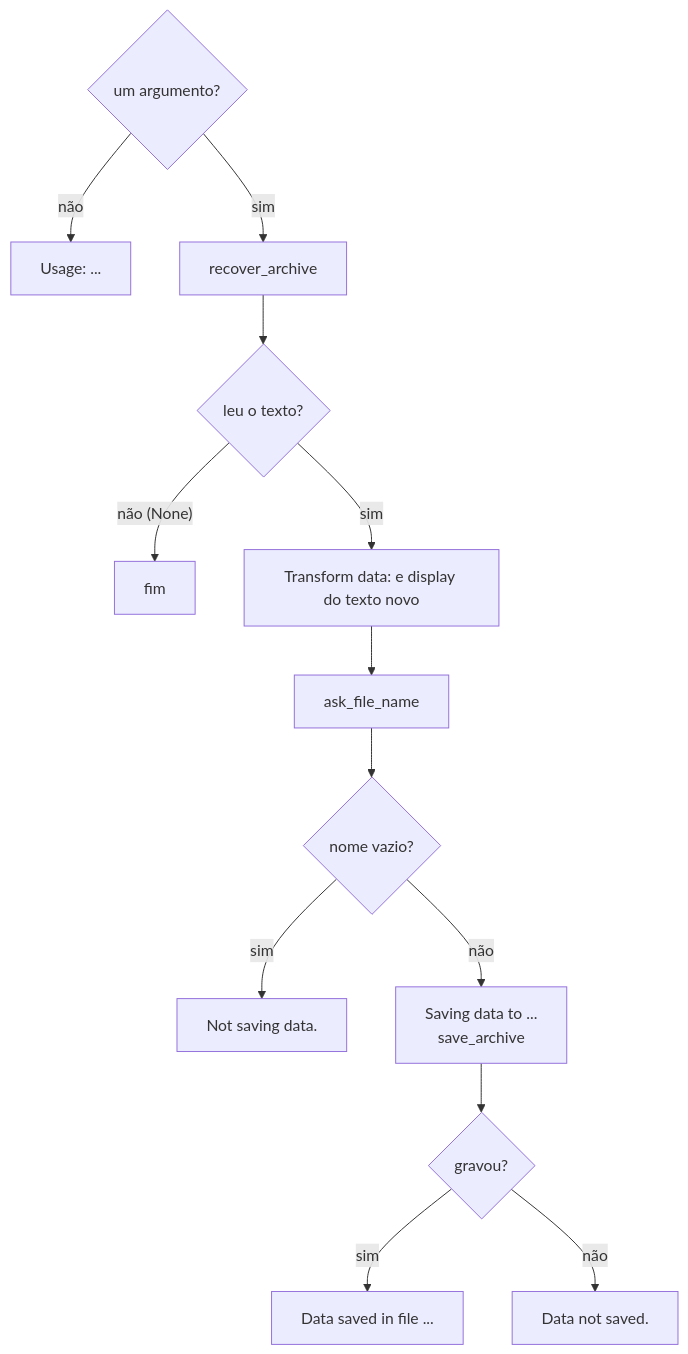
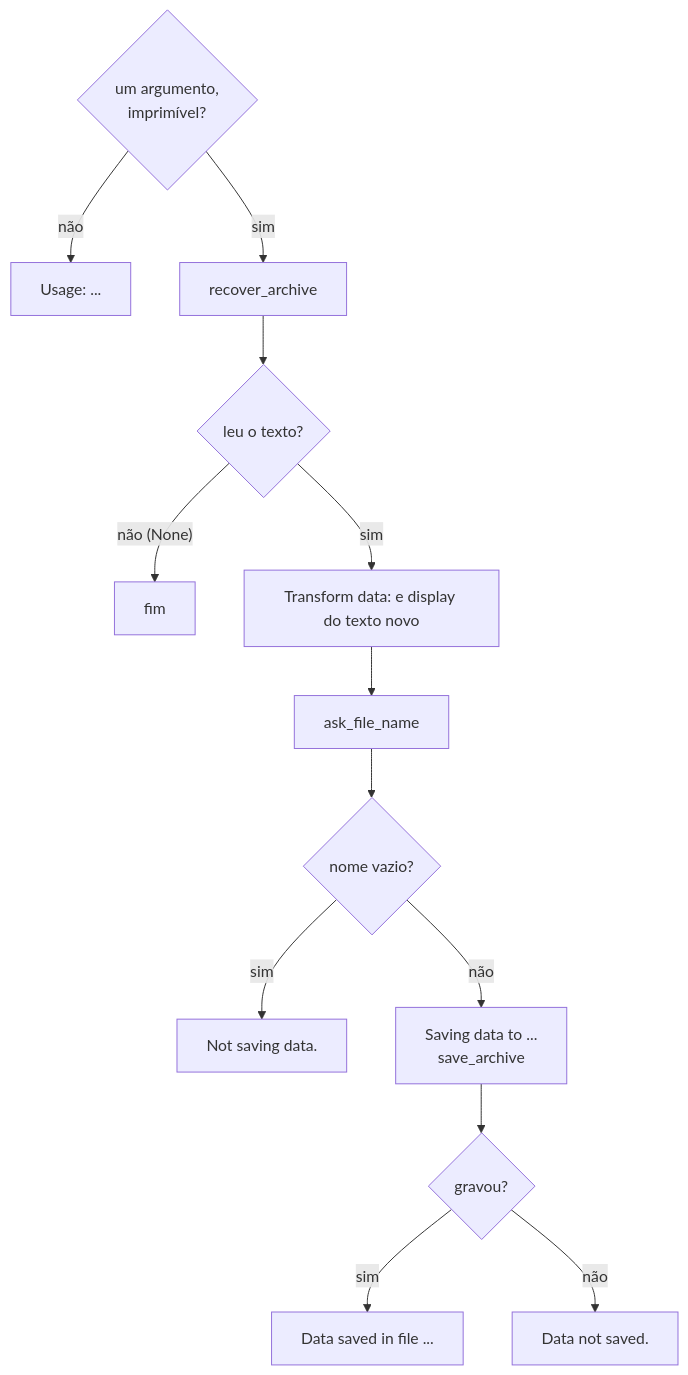
The diagram in python/python-modulo-04/tutorial/docs/04-ex1/06-o-main.md (navegar-sistemas/dojo), drawn with Mermaid before and after one commit. The commit also changed other lines of this file and 329 other files, not shown here.

````diff
--- a/python/python-modulo-04/tutorial/docs/04-ex1/06-o-main.md
+++ b/python/python-modulo-04/tutorial/docs/04-ex1/06-o-main.md
@@ -34,15 +34,15 @@
 ```mermaid
 flowchart TD
-    usage{"um argumento?"} -->|não| u["Usage: ..."]
+    usage{"um argumento,<br/>imprimível?"} -->|não| u["Usage: ..."]
     usage -->|sim| rec["recover_archive"]
     rec --> ok{"leu o texto?"}
     ok -->|"não (None)"| stop["fim"]
     ok -->|sim| tr["Transform data: e display do texto novo"]
     tr --> ask["ask_file_name"]
     ask --> empty{"nome vazio?"}
     empty -->|sim| ns["Not saving data."]
     empty -->|não| save["Saving data to ...<br/>save_archive"]
     save --> saved{"gravou?"}
     saved -->|sim| ds["Data saved in file ..."]
     saved -->|não| dn["Data not saved."]
 ```
````
